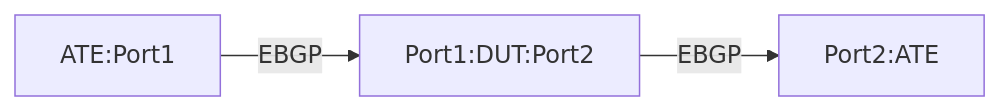
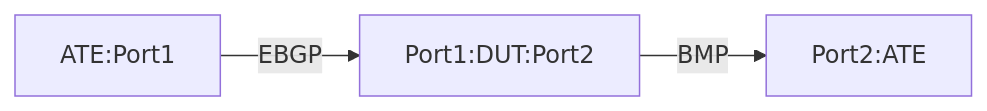
One commit to openconfig/featureprofiles changed the diagram in feature/bgp/bmp/otg_tests/bmp_pre_policy_test/README.md. Above: the diagram before and after it, drawn with Mermaid. The commit also changed other lines of this file, not shown here.

Commit message:
Update README.md
updated the comments

````diff
--- a/feature/bgp/bmp/otg_tests/bmp_pre_policy_test/README.md
+++ b/feature/bgp/bmp/otg_tests/bmp_pre_policy_test/README.md
@@ -18,5 +18,5 @@
 ```mermaid
 graph LR; 
 A[ATE:Port1] --EBGP--> B[Port1:DUT:Port2];
-B --EBGP--> C[Port2:ATE];
+B --BMP--> C[Port2:ATE];
 ```
````
